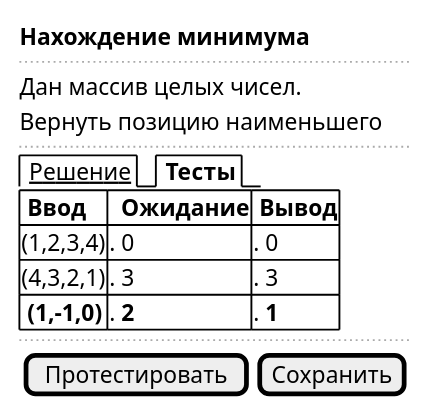
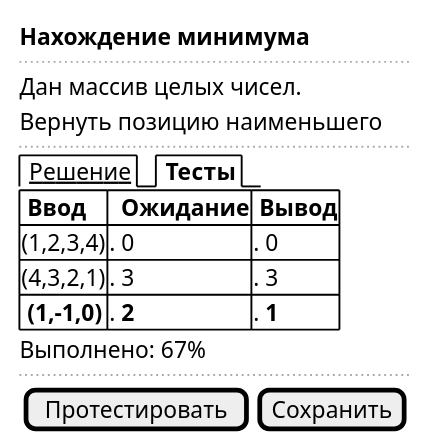
The diagram in design/ui/challenge_solve.puml (Daemon712/foobarbaz-backend), drawn with PlantUML before and after one commit. The commit also changed 5 other files, not shown here.

```diff
--- a/design/ui/challenge_solve.puml
+++ b/design/ui/challenge_solve.puml
@@ -1,19 +1,20 @@
 @startuml
 salt
 {
     <b>Нахождение минимума
     ..
     Дан массив целых чисел.
     Вернуть позицию наименьшего
     ..
     {/ <u> Решение | <b> Тесты }
     {#
         <b> Ввод     |<b>  Ожидание|<b> Вывод
         (1,2,3,4)    |. 0          |. 0
         (4,3,2,1)    |. 3          |. 3
         <b> (1,-1,0) |. <b>2       |. <b>1
     }
+    Выполнено: 67%
     ..
     {[Протестировать]|[Сохранить]}
 }
 @enduml
```
